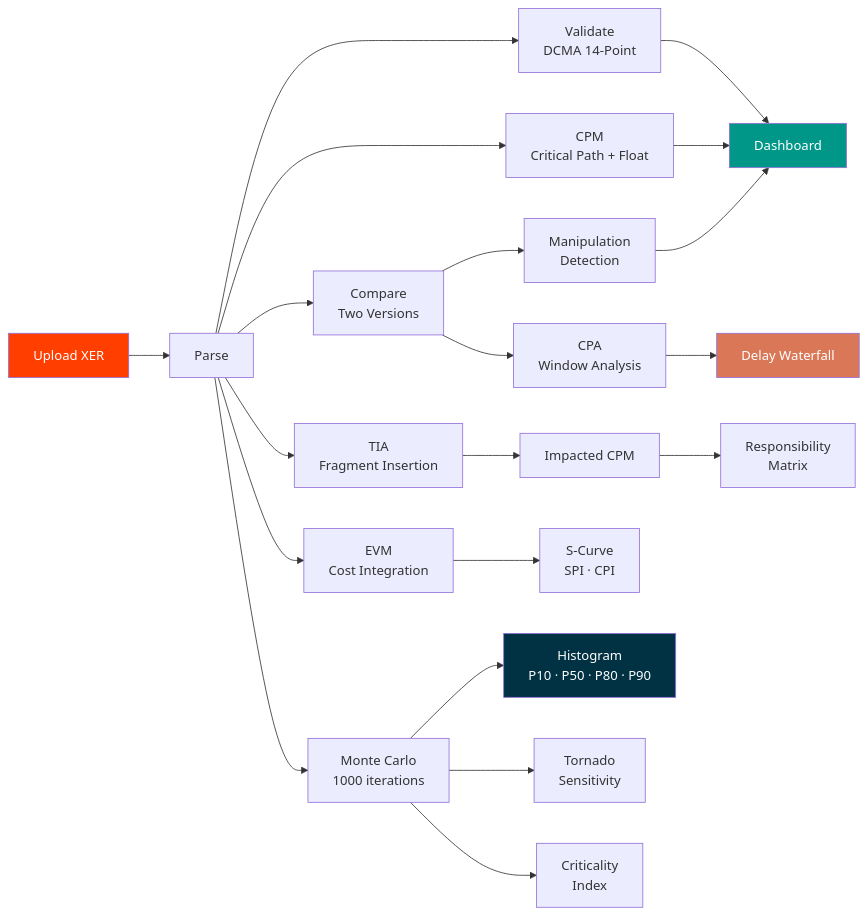
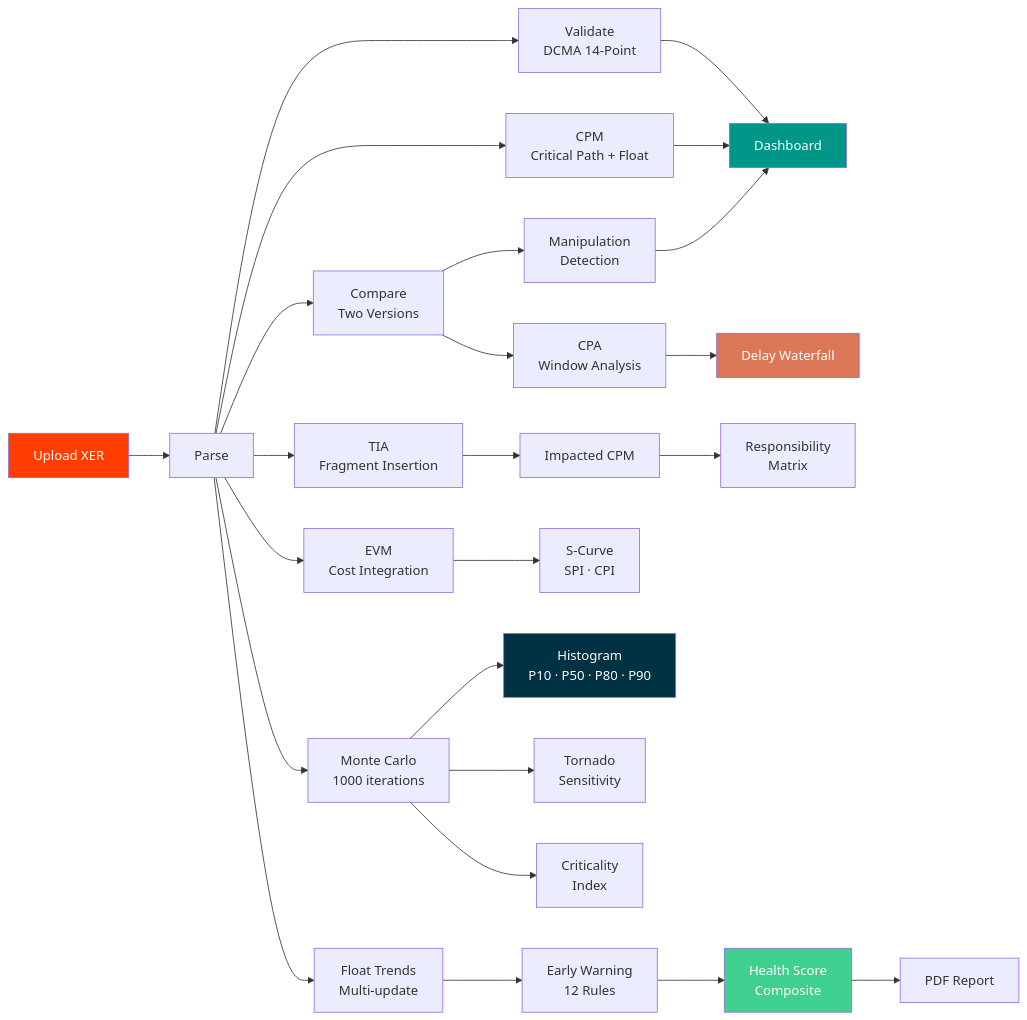
One commit to VitorMRodovalho/meridianiq changed the second of 2 diagrams in README.md. Above: the diagram before and after it, drawn with Mermaid. The commit also changed other lines of this file and 2 other files, not shown here.

First line of the commit message:
docs: sync README, ROADMAP, BUGS to v0.8.1 state

````diff
--- a/README.md
+++ b/README.md
@@ -106,32 +105,38 @@
 ```mermaid
 flowchart LR
     A[Upload XER] --> B[Parse]
     B --> C[Validate<br/>DCMA 14-Point]
     B --> D[CPM<br/>Critical Path + Float]
     B --> E[Compare<br/>Two Versions]
     E --> F[Manipulation<br/>Detection]
 
     C --> G[Dashboard]
     D --> G
     F --> G
 
     E --> H[CPA<br/>Window Analysis]
     H --> I[Delay Waterfall]
 
     B --> J[TIA<br/>Fragment Insertion]
     J --> K[Impacted CPM]
     K --> L[Responsibility<br/>Matrix]
 
     B --> M[EVM<br/>Cost Integration]
     M --> N[S-Curve<br/>SPI · CPI]
 
     B --> O[Monte Carlo<br/>1000 iterations]
     O --> P[Histogram<br/>P10 · P50 · P80 · P90]
     O --> Q[Tornado<br/>Sensitivity]
     O --> R[Criticality<br/>Index]
 
+    B --> S[Float Trends<br/>Multi-update]
+    S --> T[Early Warning<br/>12 Rules]
+    T --> U[Health Score<br/>Composite]
+    U --> V[PDF Report]
+
     style A fill:#FF3E00,color:#fff
     style G fill:#009688,color:#fff
     style I fill:#D97757,color:#fff
     style P fill:#013243,color:#fff
+    style U fill:#3FCF8E,color:#fff
 ```
````
